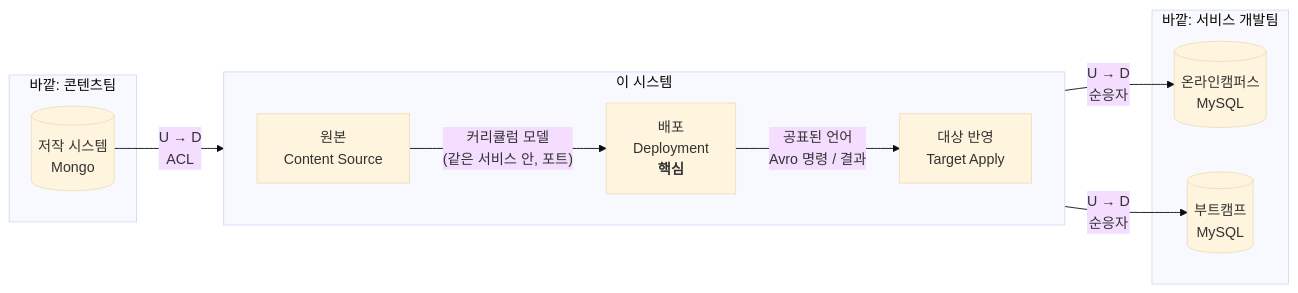
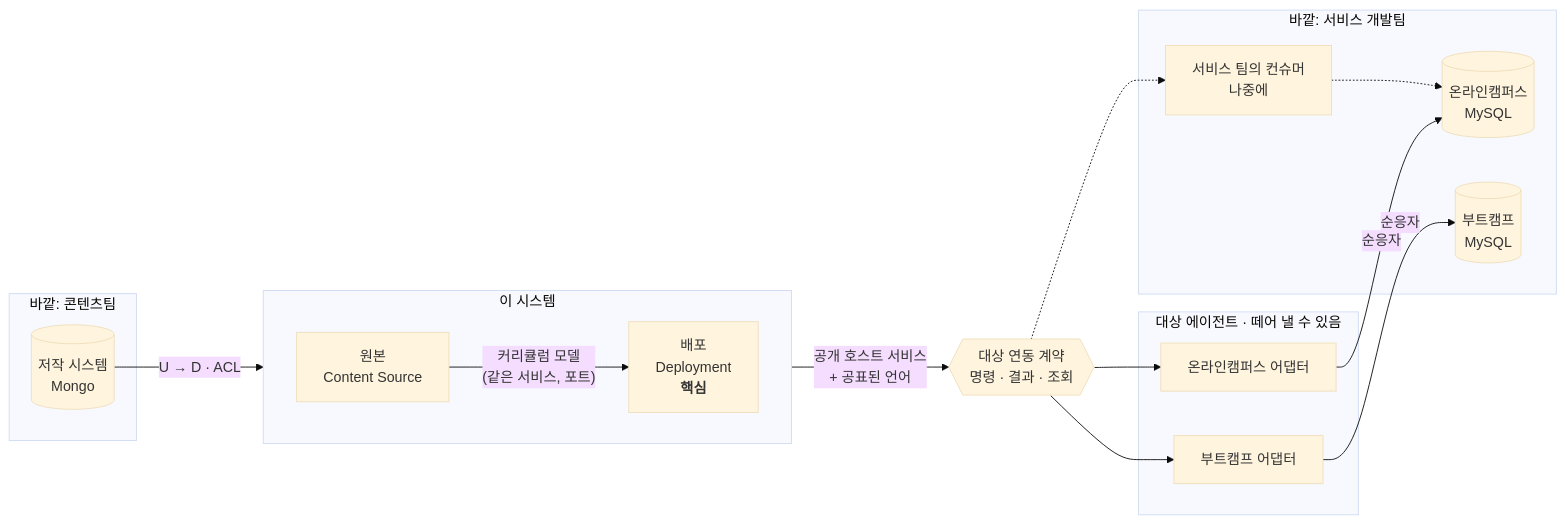
Before and after one commit to brunosong/transfersystem: the diagram in docs/domain/context-map.md, drawn with Mermaid (base theme). The commit also changed other lines of this file and 1 other file, not shown here.

First line of the commit message:
컨텍스트 맵을 떼어 낼 수 있는 대상 에이전트 전제로 고친다

````diff
--- a/docs/domain/context-map.md
+++ b/docs/domain/context-map.md
@@ -56,24 +67,35 @@
 ```mermaid
 flowchart LR
   subgraph EXT1[바깥: 콘텐츠팀]
     AUTH[(저작 시스템<br/>Mongo)]
   end
 
   subgraph SYS[이 시스템]
     direction LR
     SRC[원본<br/>Content Source]
     DEP[배포<br/>Deployment<br/><b>핵심</b>]
-    TGT[대상 반영<br/>Target Apply]
+  end
+
+  CONTRACT{{대상 연동 계약<br/>명령 · 결과 · 조회}}
+
+  subgraph AGENT[대상 에이전트 · 떼어 낼 수 있음]
+    AOC[온라인캠퍼스 어댑터]
+    ABC[부트캠프 어댑터]
   end
 
   subgraph EXT2[바깥: 서비스 개발팀]
     OC[(온라인캠퍼스<br/>MySQL)]
     BC[(부트캠프<br/>MySQL)]
+    FUT[서비스 팀의 컨슈머<br/>나중에]
   end
 
-  AUTH -- "U → D<br/>ACL" --> SRC
-  SRC -- "커리큘럼 모델<br/>(같은 서비스 안, 포트)" --> DEP
-  DEP -- "공표된 언어<br/>Avro 명령 / 결과" --> TGT
-  TGT -- "U → D<br/>순응자" --> OC
-  TGT -- "U → D<br/>순응자" --> BC
+  AUTH -- "U → D · ACL" --> SRC
+  SRC -- "커리큘럼 모델<br/>(같은 서비스, 포트)" --> DEP
+  DEP -- "공개 호스트 서비스<br/>+ 공표된 언어" --> CONTRACT
+  CONTRACT --> AOC
+  CONTRACT --> ABC
+  CONTRACT -.-> FUT
+  AOC -- "순응자" --> OC
+  ABC -- "순응자" --> BC
+  FUT -.-> OC
 ```
````
